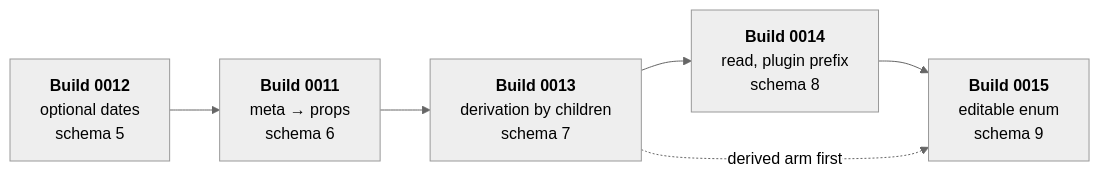
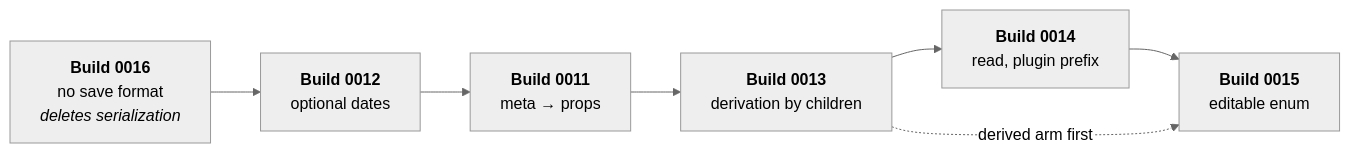
The diagram in plans/field-redesign/BUILD-SPEC.md (freegantt/freegantt), drawn with Mermaid (neutral theme) before and after one commit. The commit also changed other lines of this file and 2 other files, not shown here.

First line of the commit message:
docs(field-redesign): revise BUILD-SPEC for ADR 0016

````diff
--- a/plans/field-redesign/BUILD-SPEC.md
+++ b/plans/field-redesign/BUILD-SPEC.md
@@ -358,8 +377,9 @@
 ```mermaid
 flowchart LR
-  B1["<b>Build 0012</b><br/>optional dates<br/>schema 5"] --> B2["<b>Build 0011</b><br/>meta → props<br/>schema 6"]
-  B2 --> B3["<b>Build 0013</b><br/>derivation by children<br/>schema 7"]
-  B3 --> B4["<b>Build 0014</b><br/>read, plugin prefix<br/>schema 8"]
-  B4 --> B5["<b>Build 0015</b><br/>editable enum<br/>schema 9"]
+  B0["<b>Build 0016</b><br/>no save format<br/><i>deletes serialization</i>"] --> B1["<b>Build 0012</b><br/>optional dates"]
+  B1 --> B2["<b>Build 0011</b><br/>meta → props"]
+  B2 --> B3["<b>Build 0013</b><br/>derivation by children"]
+  B3 --> B4["<b>Build 0014</b><br/>read, plugin prefix"]
+  B4 --> B5["<b>Build 0015</b><br/>editable enum"]
   B3 -.->|"derived arm first"| B5
 ```
````
